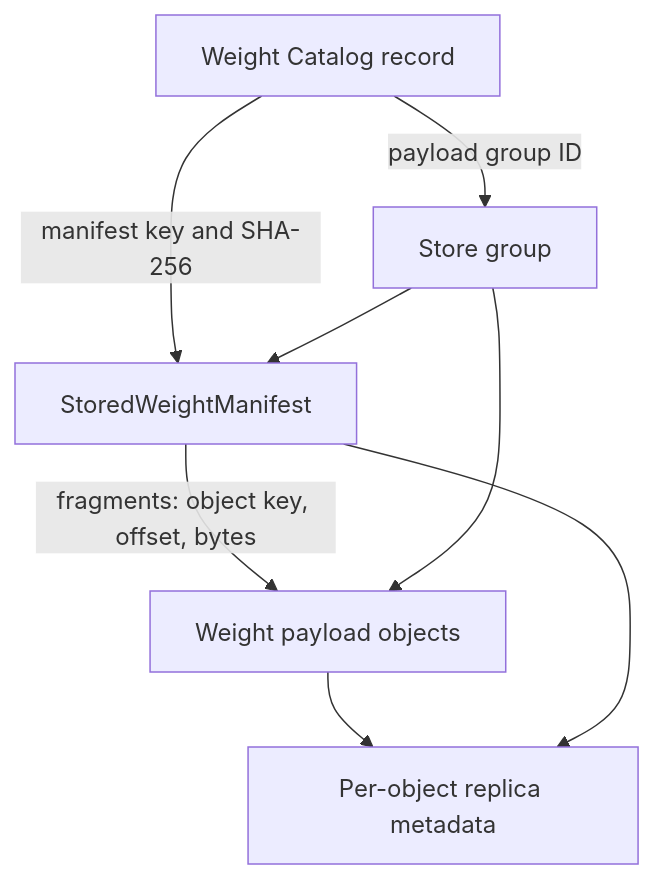
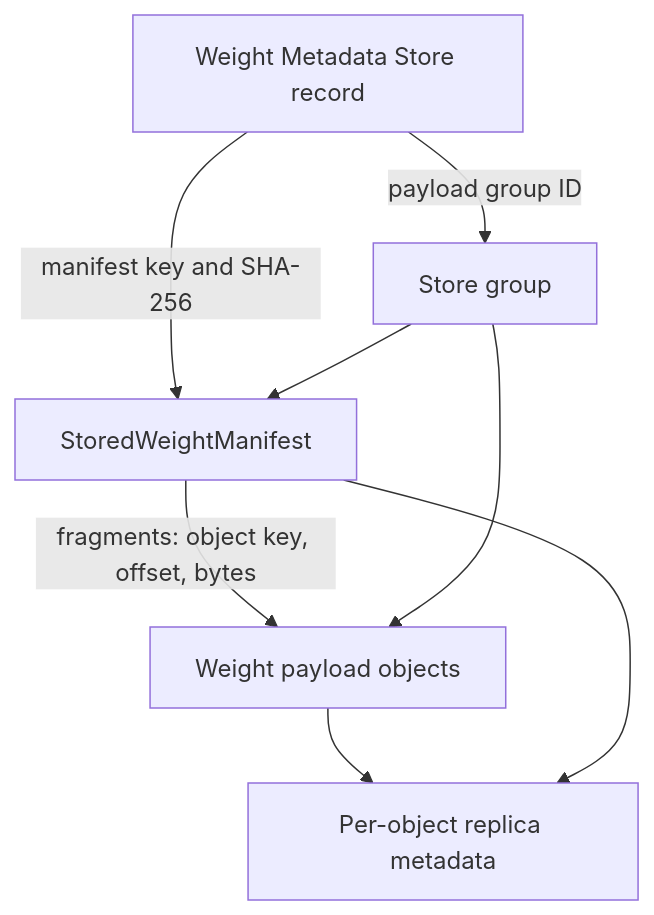
The diagram in docs/source/design/weight-management.md (Bo-Vincent/Mooncake), drawn with Mermaid before and after one commit. The commit also changed other lines of this file and 36 other files, not shown here.

Commit message:
refactor(store): rename weight metadata internals

````diff
--- a/docs/source/design/weight-management.md
+++ b/docs/source/design/weight-management.md
@@ -22,10 +22,10 @@
 ```mermaid
 flowchart TD
-    C[Weight Catalog record] -->|manifest key and SHA-256| M[StoredWeightManifest]
+    C[Weight Metadata Store record] -->|manifest key and SHA-256| M[StoredWeightManifest]
     C -->|payload group ID| G[Store group]
     M -->|fragments: object key, offset, bytes| P[Weight payload objects]
     G --> M
     G --> P
     P --> O[Per-object replica metadata]
     M --> O
 ```
````
